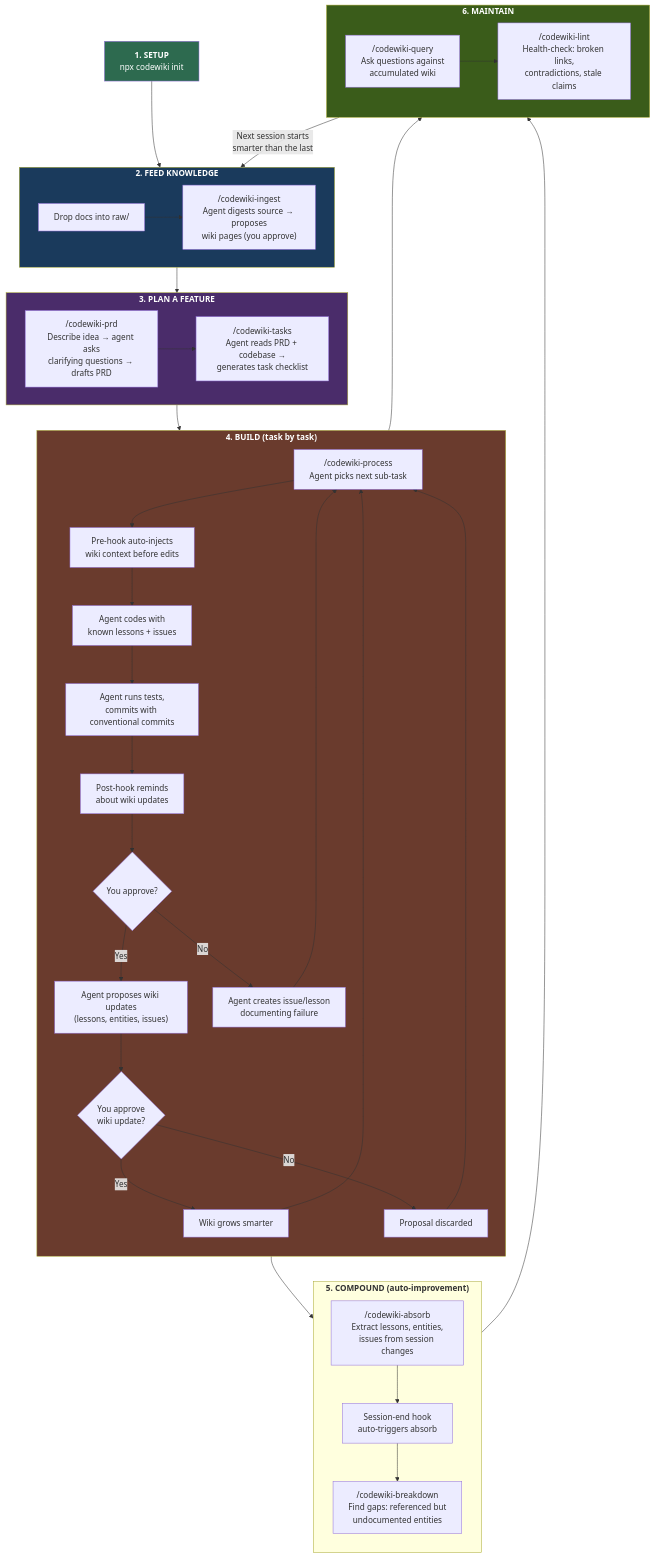
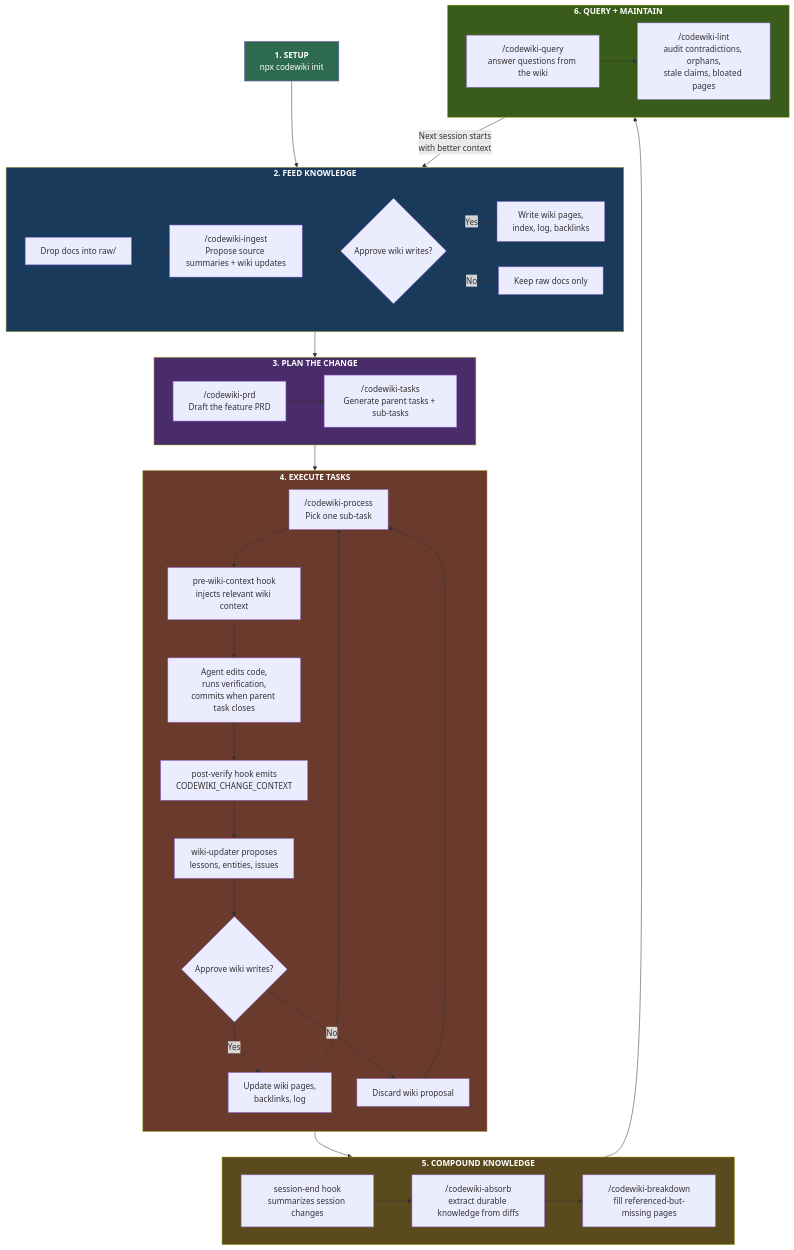
The first of 3 diagrams in README.md (giuice/CodeWiki), drawn with Mermaid before and after one commit. The commit also changed other lines of this file and 2 other files, not shown here.

Commit message:
docs: update README and implementation plan with improved workflow and command descriptions

````diff
--- a/README.md
+++ b/README.md
@@ -17,60 +17,58 @@
 ```mermaid
 flowchart TD
   Init["<b>1. SETUP</b><br/>npx codewiki init"] --> Feed
 
   subgraph Feed["<b>2. FEED KNOWLEDGE</b>"]
     direction LR
-    F1["Drop docs into raw/"] --> F2["/codewiki-ingest<br/>Agent digests source → proposes<br/>wiki pages (you approve)"]
+    F1["Drop docs into raw/"] --> F2["/codewiki-ingest<br/>Propose source summaries + wiki updates"]
+    F2 --> F3{"Approve wiki writes?"}
+    F3 -- "Yes" --> F4["Write wiki pages,<br/>index, log, backlinks"]
+    F3 -- "No" --> F5["Keep raw docs only"]
   end
 
   Feed --> Plan
 
-  subgraph Plan["<b>3. PLAN A FEATURE</b>"]
+  subgraph Plan["<b>3. PLAN THE CHANGE</b>"]
     direction LR
-    P1["/codewiki-prd<br/>Describe idea → agent asks<br/>clarifying questions → drafts PRD"] --> P2["/codewiki-tasks<br/>Agent reads PRD + codebase →<br/>generates task checklist"]
+    P1["/codewiki-prd<br/>Draft the feature PRD"] --> P2["/codewiki-tasks<br/>Generate parent tasks + sub-tasks"]
   end
 
   Plan --> Build
 
-  subgraph Build["<b>4. BUILD (task by task)</b>"]
+  subgraph Build["<b>4. EXECUTE TASKS</b>"]
     direction TB
-    B1["/codewiki-process<br/>Agent picks next sub-task"] --> B2["Pre-hook auto-injects<br/>wiki context before edits"]
-    B2 --> B3["Agent codes with<br/>known lessons + issues"]
-    B3 --> B4["Agent runs tests,<br/>commits with conventional commits"]
-    B4 --> B5["Post-hook reminds<br/>about wiki updates"]
-    B5 --> B6{"You approve?"}
-    B6 -- "Yes" --> B7["Agent proposes wiki updates<br/>(lessons, entities, issues)"]
-    B7 --> B8{"You approve<br/>wiki update?"}
-    B8 -- "Yes" --> B9["Wiki grows smarter"]
-    B8 -- "No" --> B10["Proposal discarded"]
-    B6 -- "No" --> B11["Agent creates issue/lesson<br/>documenting failure"]
-    B11 --> B1
-    B9 --> B1
-    B10 --> B1
+    B1["/codewiki-process<br/>Pick one sub-task"] --> B2["pre-wiki-context hook<br/>injects relevant wiki context"]
+    B2 --> B3["Agent edits code,<br/>runs verification,<br/>commits when parent task closes"]
+    B3 --> B4["post-verify hook emits<br/>CODEWIKI_CHANGE_CONTEXT"]
+    B4 --> B5["wiki-updater proposes<br/>lessons, entities, issues"]
+    B5 --> B6{"Approve wiki writes?"}
+    B6 -- "Yes" --> B7["Update wiki pages,<br/>backlinks, log"]
+    B6 -- "No" --> B8["Discard wiki proposal"]
+    B7 --> B1
+    B8 --> B1
   end
-
-  Build --> Maintain
 
   Build --> Compound
 
-  subgraph Compound["<b>5. COMPOUND (auto-improvement)</b>"]
-    direction TB
-    C1["/codewiki-absorb<br/>Extract lessons, entities,<br/>issues from session changes"] --> C2["Session-end hook<br/>auto-triggers absorb"]
-    C2 --> C3["/codewiki-breakdown<br/>Find gaps: referenced but<br/>undocumented entities"]
+  subgraph Compound["<b>5. COMPOUND KNOWLEDGE</b>"]
+    direction LR
+    C1["session-end hook<br/>summarizes session changes"] --> C2["/codewiki-absorb<br/>extract durable knowledge from diffs"]
+    C2 --> C3["/codewiki-breakdown<br/>fill referenced-but-missing pages"]
   end
 
   Compound --> Maintain
 
-  subgraph Maintain["<b>6. MAINTAIN</b>"]
+  subgraph Maintain["<b>6. QUERY + MAINTAIN</b>"]
     direction LR
-    M1["/codewiki-query<br/>Ask questions against<br/>accumulated wiki"] --> M2["/codewiki-lint<br/>Health-check: broken links,<br/>contradictions, stale claims"]
+    M1["/codewiki-query<br/>answer questions from the wiki"] --> M2["/codewiki-lint<br/>audit contradictions, orphans,<br/>stale claims, bloated pages"]
   end
 
-  Maintain -->|"Next session starts<br/>smarter than the last"| Feed
+  Maintain -->|"Next session starts<br/>with better context"| Feed
 
   style Init fill:#2d6a4f,color:#fff
   style Feed fill:#1a3a5c,color:#fff
   style Plan fill:#4a2c6a,color:#fff
   style Build fill:#6a3b2d,color:#fff
+  style Compound fill:#5a4b1e,color:#fff
   style Maintain fill:#3a5c1a,color:#fff
 ```
````
